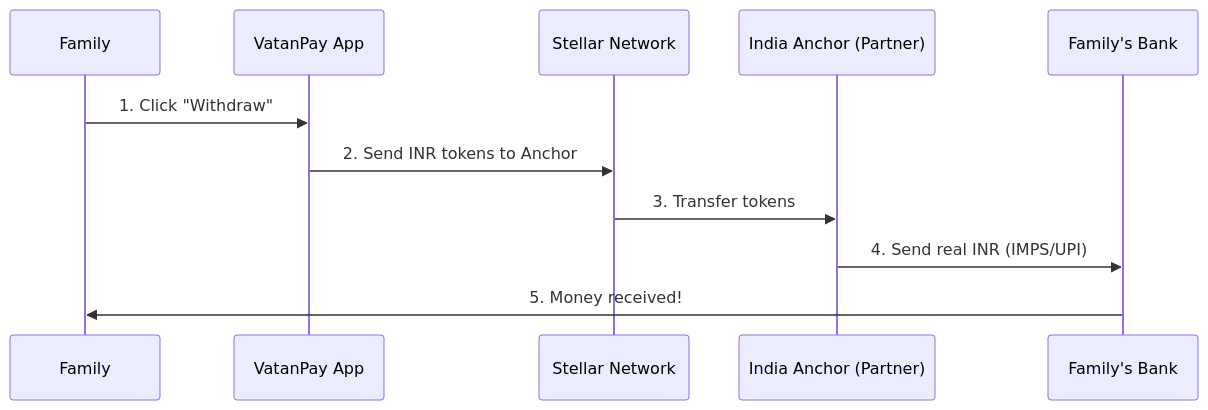
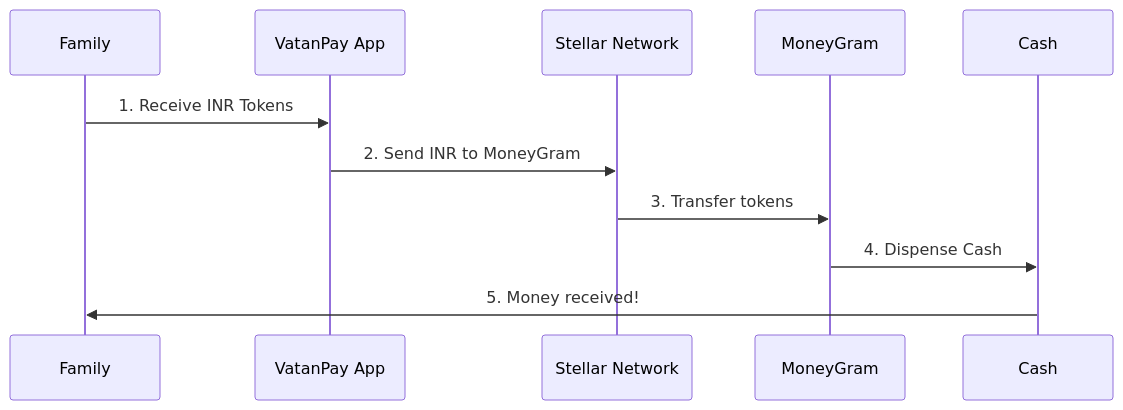
Before and after one commit to Nihal-Pandey-2302/VatanPay: the third of 4 diagrams in docs/HOW_IT_WORKS.md, drawn with Mermaid. The commit also changed other lines of this file and 13 other files, not shown here.

Commit message:
feat: VatanPay 2.0 - MoneyGram + USDC Integration MVP

````diff
--- a/docs/HOW_IT_WORKS.md
+++ b/docs/HOW_IT_WORKS.md
@@ -159,14 +159,14 @@
 ```mermaid
 sequenceDiagram
     participant Family
     participant VatanPay as VatanPay App
     participant Stellar as Stellar Network
-    participant Anchor as India Anchor (Partner)
-    participant Bank as Family's Bank
+    participant MoneyGram
+    participant Cash
 
-    Family->>VatanPay: 1. Click "Withdraw"
-    VatanPay->>Stellar: 2. Send INR tokens to Anchor
-    Stellar->>Anchor: 3. Transfer tokens
-    Anchor->>Bank: 4. Send real INR (IMPS/UPI)
-    Bank->>Family: 5. Money received!
+    Family->>VatanPay: 1. Receive INR Tokens
+    VatanPay->>Stellar: 2. Send INR to MoneyGram
+    Stellar->>MoneyGram: 3. Transfer tokens
+    MoneyGram->>Cash: 4. Dispense Cash
+    Cash->>Family: 5. Money received!
 ```
````
